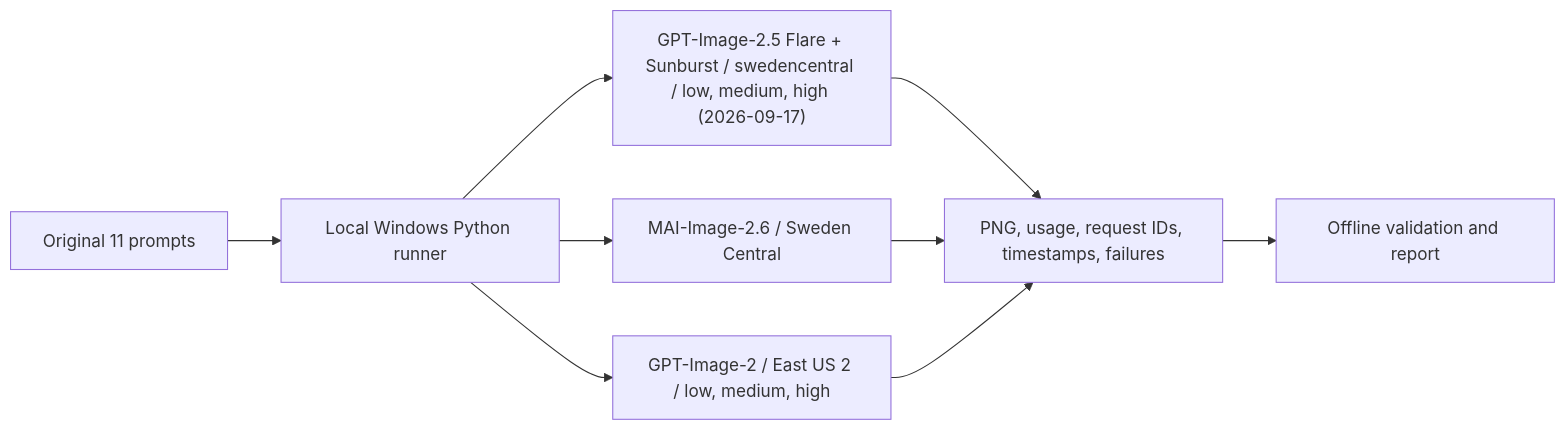
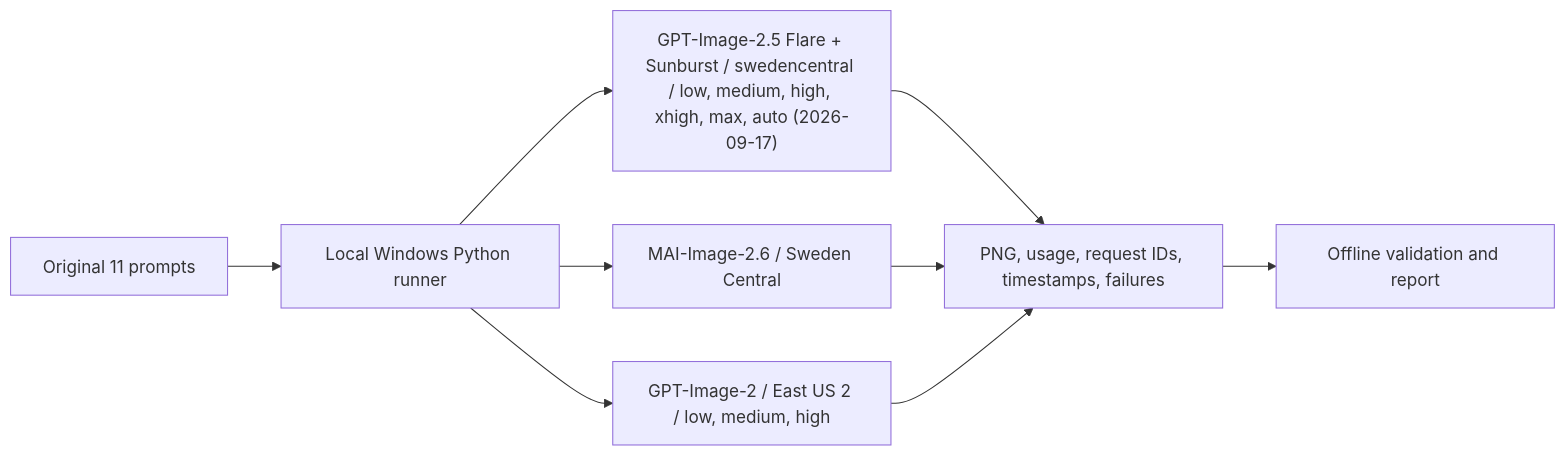
Before and after one commit to david-xinyuwei/david-share: the diagram in Multimodal-Models/MAI-Image-2-vs-GPT-Image-Benchmark/README-CN.md, drawn with Mermaid. The commit also changed other lines of this file and 1588 other files, not shown here.

````diff
--- a/Multimodal-Models/MAI-Image-2-vs-GPT-Image-Benchmark/README-CN.md
+++ b/Multimodal-Models/MAI-Image-2-vs-GPT-Image-Benchmark/README-CN.md
@@ -488,11 +488,11 @@
 ```mermaid
 flowchart LR
     prompts["Original 11 prompts"] --> runner["Local Windows Python runner"]
     runner --> mai["MAI-Image-2.6 / Sweden Central"]
     runner --> gpt["GPT-Image-2 / East US 2 / low, medium, high"]
-    runner --> gpt25["GPT-Image-2.5 Flare + Sunburst / swedencentral / low, medium, high (2026-09-17)"]
+    runner --> gpt25["GPT-Image-2.5 Flare + Sunburst / swedencentral / low, medium, high, xhigh, max, auto (2026-09-17)"]
     gpt25 --> evidence
     mai --> evidence["PNG, usage, request IDs, timestamps, failures"]
     gpt --> evidence
     evidence --> summary["Offline validation and report"]
 ```
````
